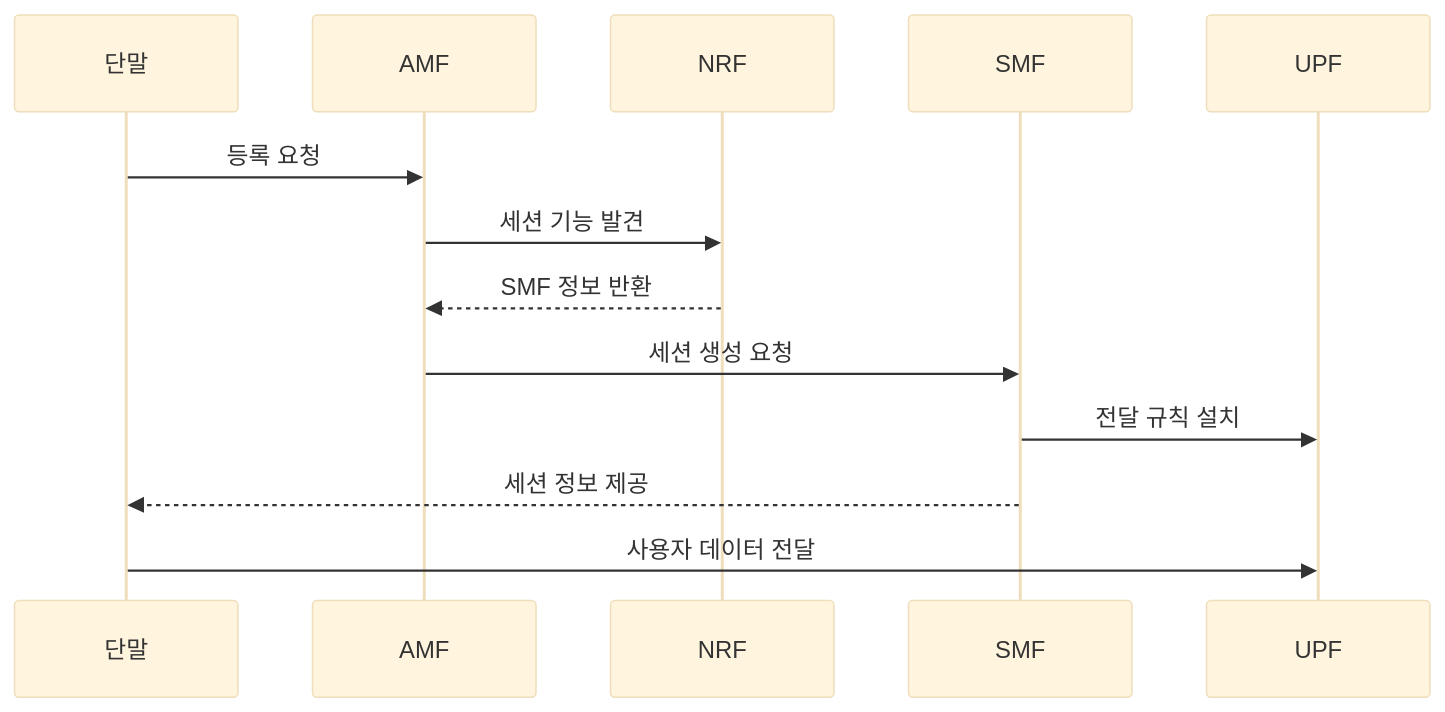
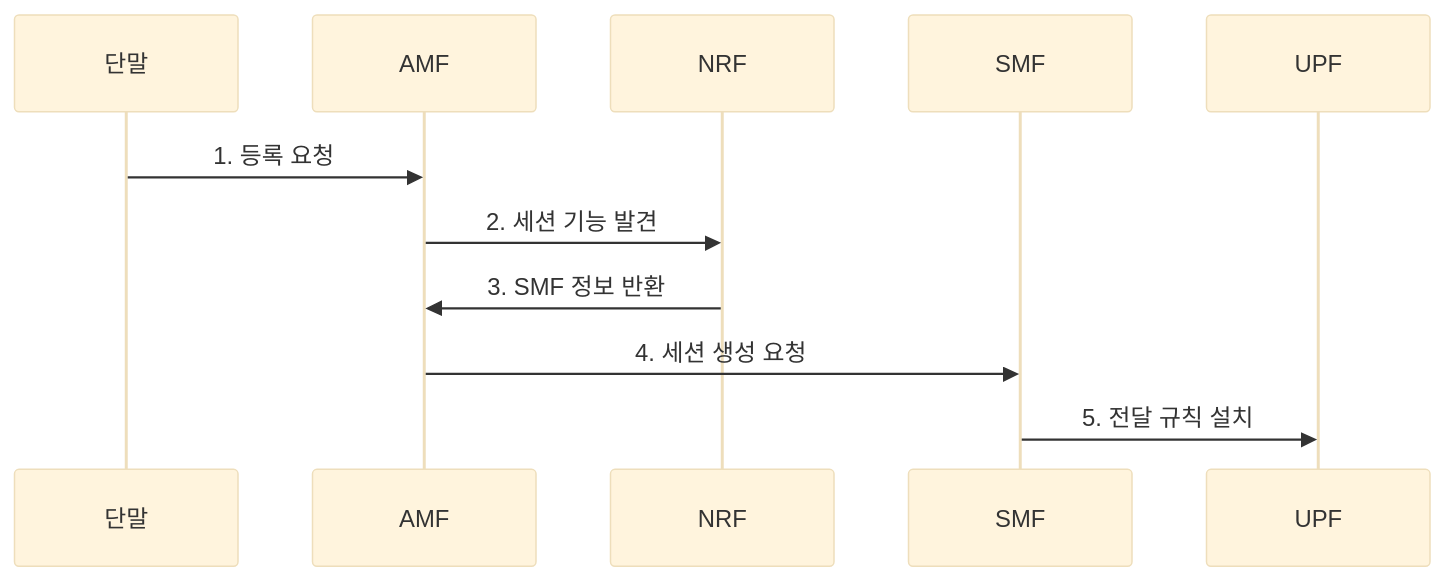
Before and after one commit to agnusdei1207/knowledge-base: the second of 2 diagrams in src/content/docs/notes/04-network/038_5g_core_sba.md, drawn with Mermaid (base theme). The commit also changed other lines of this file and 20 other files, not shown here.

````diff
--- a/src/content/docs/notes/04-network/038_5g_core_sba.md
+++ b/src/content/docs/notes/04-network/038_5g_core_sba.md
@@ -76,15 +78,13 @@
 ```mermaid
 sequenceDiagram
-  participant U as 단말
-  participant A as AMF
-  participant R as NRF
-  participant S as SMF
-  participant P as UPF
-  U->>A: 등록 요청
-  A->>R: 세션 기능 발견
-  R-->>A: SMF 정보 반환
-  A->>S: 세션 생성 요청
-  S->>P: 전달 규칙 설치
-  S-->>U: 세션 정보 제공
-  U->>P: 사용자 데이터 전달
+    participant 단말
+    participant AMF
+    participant NRF
+    participant SMF
+    participant UPF
+    단말->>AMF: 1. 등록 요청
+    AMF->>NRF: 2. 세션 기능 발견
+    NRF->>AMF: 3. SMF 정보 반환
+    AMF->>SMF: 4. 세션 생성 요청
+    SMF->>UPF: 5. 전달 규칙 설치
 ```
````
